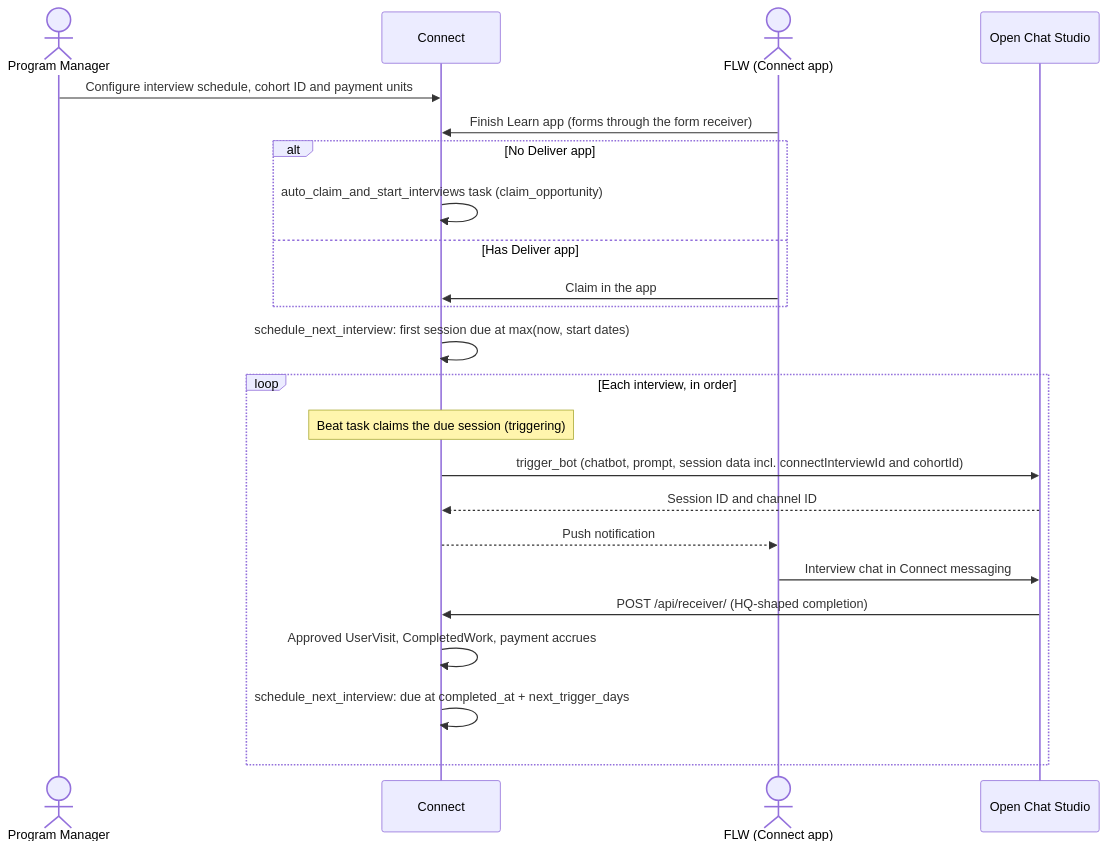
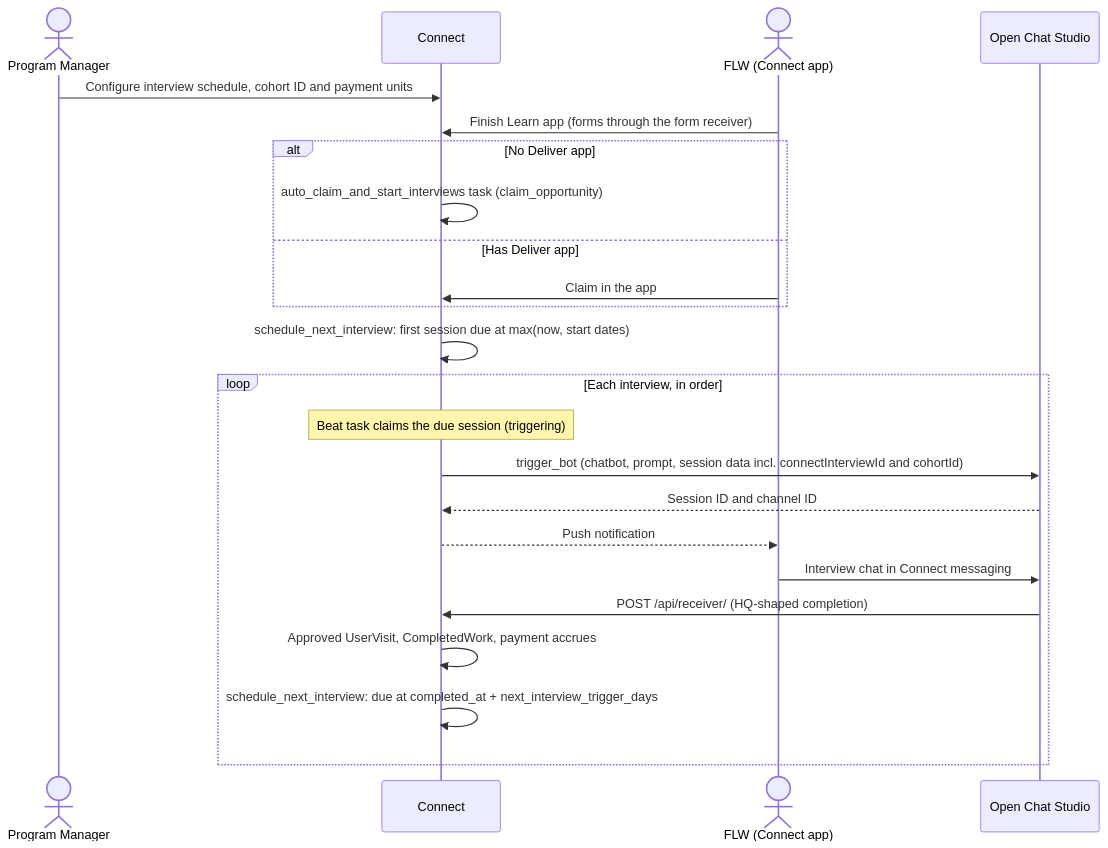
Before and after one commit to dimagi/commcare-connect: the diagram in outputs/CCCT-2861-spec-doc.md, drawn with Mermaid. The commit also changed other lines of this file, not shown here.

Commit message:
Rename next_trigger_days to next_interview_trigger_days in spec

````diff
--- a/outputs/CCCT-2861-spec-doc.md
+++ b/outputs/CCCT-2861-spec-doc.md
@@ -43,26 +43,26 @@
 ```mermaid
 sequenceDiagram
     actor PM as Program Manager
     participant C as Connect
     actor FLW as FLW (Connect app)
     participant OCS as Open Chat Studio
 
     PM->>C: Configure interview schedule, cohort ID and payment units
     FLW->>C: Finish Learn app (forms through the form receiver)
     alt No Deliver app
         C->>C: auto_claim_and_start_interviews task (claim_opportunity)
     else Has Deliver app
         FLW->>C: Claim in the app
     end
     C->>C: schedule_next_interview: first session due at max(now, start dates)
     loop Each interview, in order
         Note over C: Beat task claims the due session (triggering)
         C->>OCS: trigger_bot (chatbot, prompt, session data incl. connectInterviewId and cohortId)
         OCS-->>C: Session ID and channel ID
         C-->>FLW: Push notification
         FLW->>OCS: Interview chat in Connect messaging
         OCS->>C: POST /api/receiver/ (HQ-shaped completion)
         C->>C: Approved UserVisit, CompletedWork, payment accrues
-        C->>C: schedule_next_interview: due at completed_at + next_trigger_days
+        C->>C: schedule_next_interview: due at completed_at + next_interview_trigger_days
     end
 ```
````
